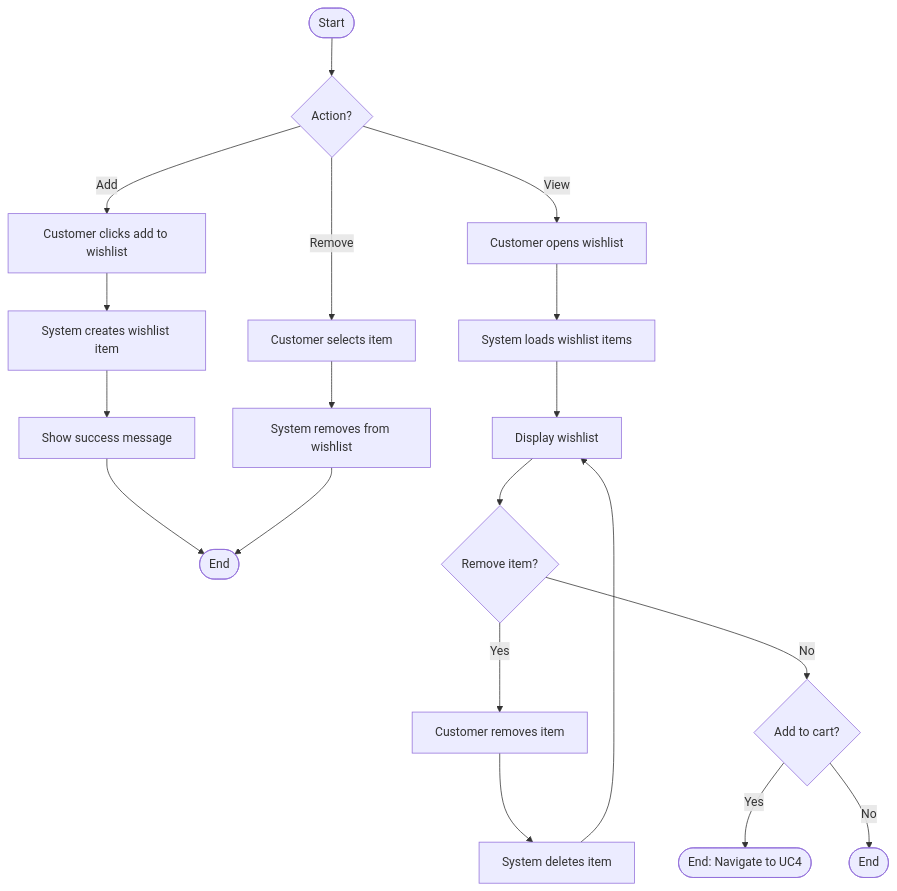
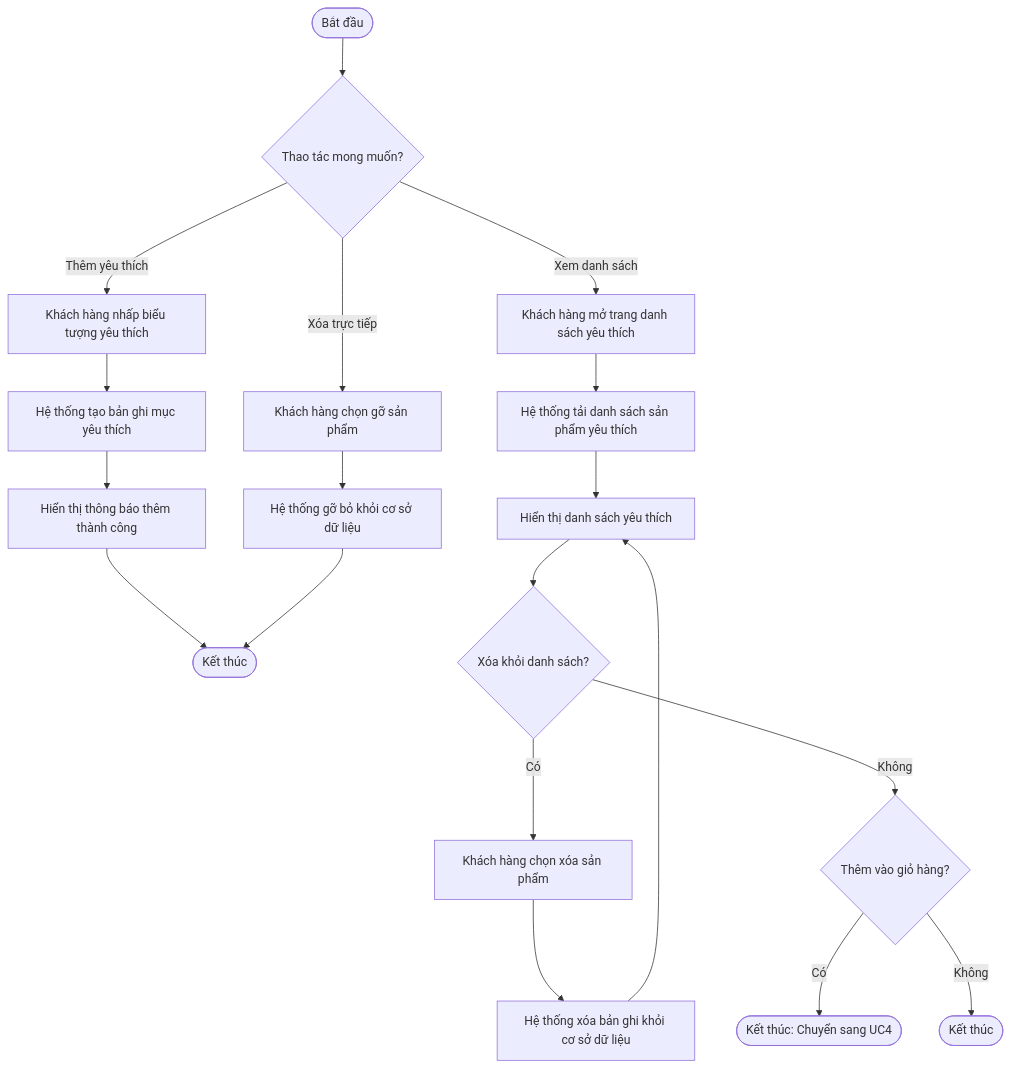
One commit to DanhTrannn/TLCN changed diagram 11 of 57 in docs/design-analysis/OOSAD_ANALYSIS.md. Above: the diagram before and after it, drawn with Mermaid. The commit also changed other lines of this file, not shown here.

````diff
--- a/docs/design-analysis/OOSAD_ANALYSIS.md
+++ b/docs/design-analysis/OOSAD_ANALYSIS.md
@@ -912,24 +914,24 @@
 ```mermaid
 flowchart TD
-    Start([Start]) --> A{Action?}
+    Start([Bắt đầu]) --> A{Thao tác mong muốn?}
     
-    A -->|Add| B[Customer clicks add to wishlist]
-    B --> C[System creates wishlist item]
-    C --> D[Show success message]
-    D --> End([End])
+    A -->|Thêm yêu thích| B[Khách hàng nhấp biểu tượng yêu thích]
+    B --> C[Hệ thống tạo bản ghi mục yêu thích]
+    C --> D[Hiển thị thông báo thêm thành công]
+    D --> End([Kết thúc])
     
-    A -->|View| E[Customer opens wishlist]
-    E --> F[System loads wishlist items]
-    F --> G[Display wishlist]
-    G --> H{Remove item?}
-    H -->|Yes| I[Customer removes item]
-    I --> J[System deletes item]
+    A -->|Xem danh sách| E[Khách hàng mở trang danh sách yêu thích]
+    E --> F[Hệ thống tải danh sách sản phẩm yêu thích]
+    F --> G[Hiển thị danh sách yêu thích]
+    G --> H{Xóa khỏi danh sách?}
+    H -->|Có| I[Khách hàng chọn xóa sản phẩm]
+    I --> J[Hệ thống xóa bản ghi khỏi cơ sở dữ liệu]
     J --> G
-    H -->|No| K{Add to cart?}
-    K -->|Yes| L([End: Navigate to UC4])
-    K -->|No| M([End])
+    H -->|Không| K{Thêm vào giỏ hàng?}
+    K -->|Có| L([Kết thúc: Chuyển sang UC4])
+    K -->|Không| M([Kết thúc])
     
-    A -->|Remove| N[Customer selects item]
-    N --> O[System removes from wishlist]
+    A -->|Xóa trực tiếp| N[Khách hàng chọn gỡ sản phẩm]
+    N --> O[Hệ thống gỡ bỏ khỏi cơ sở dữ liệu]
     O --> End
 ```
````
